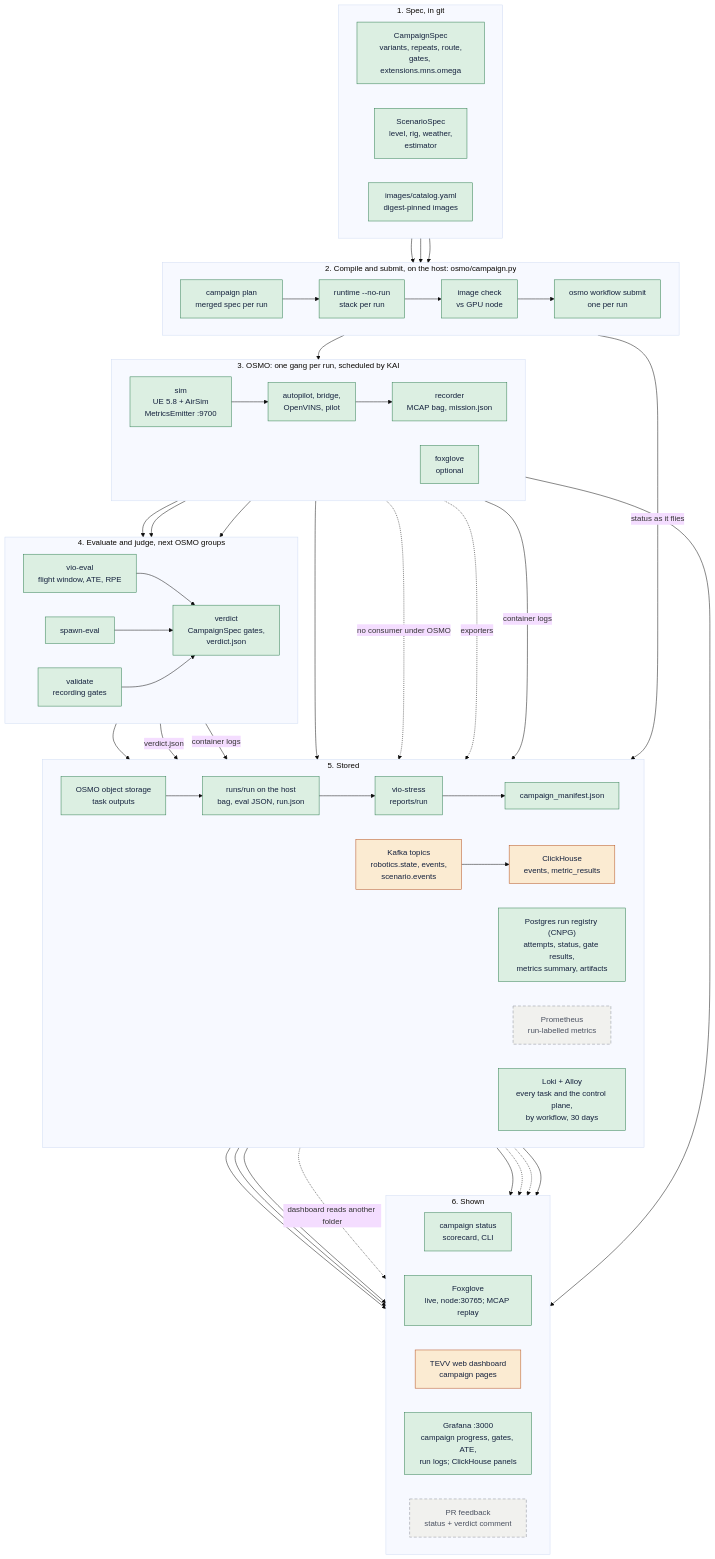
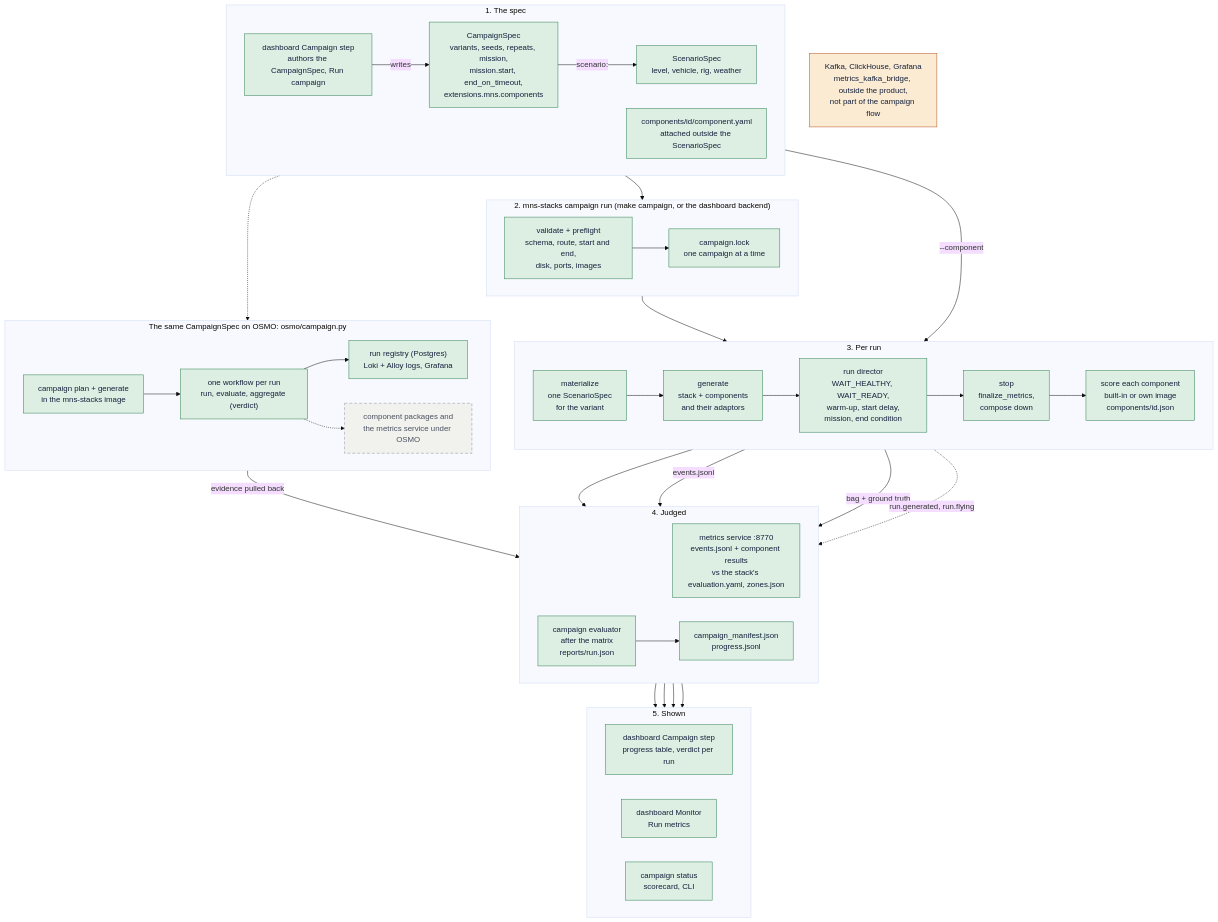
Before and after one commit to DinoHub/M-S-Simulation-Runtime-Stack: the diagram in docs/diagrams/campaign-to-metrics.mermaid, drawn with Mermaid (base theme). The commit also changed 10 other files, not shown here.

```diff
--- a/docs/diagrams/campaign-to-metrics.mermaid
+++ b/docs/diagrams/campaign-to-metrics.mermaid
@@ -1,100 +1,86 @@
-%% TEVV: from a CampaignSpec, through OSMO, to evaluation, to metrics stored and shown.
-%% State as of 25 Sept 2026 (run registry, Loki and Alloy built). Three states, by style:
-%%   built       green, solid  - runs today in the OSMO flow (PR #91)
-%%   exists      amber, solid  - built and running elsewhere, not connected to OSMO runs
-%%   target      grey, dashed  - designed (autonomy-tevv-architecture), not built
-%% Render: npx -y @mermaid-js/mermaid-cli -i campaign-to-metrics.mermaid -o campaign-to-metrics.png -w 2400 -b white
-%%   (add -p with {"args":["--no-sandbox"]} if Chromium reports no usable sandbox)
+%% TEVV: from a CampaignSpec to a verdict per run, stored and shown.
+%% State as of 4 Oct 2026. Three states, by style:
+%%   built       green, solid  - runs today (compose: make campaign or the dashboard; OSMO: osmo/campaign.py)
+%%   exists      amber, solid  - built and running elsewhere, not connected to campaign runs
+%%   target      grey, dashed  - designed (docs/platform-architecture), not built
+%% Sources: mns_stacks/campaign.py, director.py, scoring.py, lifecycle.py (MnS-Integration-Platform
+%% platform/stacks, branch feat/components), docker-compose-dashboard.yml (metrics-service),
+%% TEVV-Web-Dashboard Campaign step (branch feat/live-stack-viewer), osmo/campaign.py.
+%% Render (from this folder):
+%%   docker run --rm -u "$(id -u):$(id -g)" -e HOME=/tmp -v "$PWD:/data" minlag/mermaid-cli \
+%%     -p /puppeteer-config.json -i /data/campaign-to-metrics.mermaid -o /data/campaign-to-metrics.png -s 2
 flowchart TB
-  subgraph SPEC["1. Spec, in git"]
+  subgraph SPEC["1. The spec"]
     direction LR
-    CS["CampaignSpec<br/>variants, repeats, route,<br/>gates, extensions.mns.omega"]
-    SS["ScenarioSpec<br/>level, rig, weather,<br/>estimator"]
-    CAT["images/catalog.yaml<br/>digest-pinned images"]
+    CS["CampaignSpec<br/>variants, seeds, repeats, mission,<br/>mission.start, end_on_timeout,<br/>extensions.mns.components"]
+    DASHC["dashboard Campaign step<br/>authors the CampaignSpec, Run campaign"]
+    SS["ScenarioSpec<br/>level, vehicle, rig, weather"]
+    COMP["components/id/component.yaml<br/>attached outside the ScenarioSpec"]
+    DASHC -->|"writes"| CS
+    CS -->|"scenario:"| SS
   end
 
-  subgraph COMPILE["2. Compile and submit, on the host: osmo/campaign.py"]
+  subgraph RUNNER["2. mns-stacks campaign run (make campaign, or the dashboard backend)"]
     direction LR
-    PLAN["campaign plan<br/>merged spec per run"]
-    GEN["runtime --no-run<br/>stack per run"]
-    IMG["image check<br/>vs GPU node"]
-    SUB["osmo workflow submit<br/>one per run"]
-    PLAN --> GEN --> IMG --> SUB
+    VAL["validate + preflight<br/>schema, route, start and end,<br/>disk, ports, images"]
+    LOCK["campaign.lock<br/>one campaign at a time"]
+    VAL --> LOCK
   end
 
-  subgraph RUNG["3. OSMO: one gang per run, scheduled by KAI"]
+  subgraph PERRUN["3. Per run"]
     direction LR
-    SIM["sim<br/>UE 5.8 + AirSim<br/>MetricsEmitter :9700"]
-    STACK["autopilot, bridge,<br/>OpenVINS, pilot"]
-    REC["recorder<br/>MCAP bag, mission.json"]
-    FOXT["foxglove<br/>optional"]
-    SIM --> STACK --> REC
+    MAT["materialize<br/>one ScenarioSpec<br/>for the variant"]
+    GEN["generate<br/>stack + components<br/>and their adaptors"]
+    DIR["run director<br/>WAIT_HEALTHY, WAIT_READY,<br/>warm-up, start delay,<br/>mission, end condition"]
+    STOP["stop<br/>finalize_metrics,<br/>compose down"]
+    SCORE["score each component<br/>built-in or own image<br/>components/id.json"]
+    MAT --> GEN --> DIR --> STOP --> SCORE
   end
 
-  subgraph EVALG["4. Evaluate and judge, next OSMO groups"]
+  subgraph JUDGE["4. Judged"]
     direction LR
-    VE["vio-eval<br/>flight window, ATE, RPE"]
-    SE["spawn-eval"]
-    VA["validate<br/>recording gates"]
-    VD["verdict<br/>CampaignSpec gates,<br/>verdict.json"]
-    VE --> VD
-    SE --> VD
-    VA --> VD
+    MS["metrics service :8770<br/>events.jsonl + component results<br/>vs the stack's evaluation.yaml, zones.json"]
+    EVAL["campaign evaluator<br/>after the matrix<br/>reports/run.json"]
+    MAN["campaign_manifest.json<br/>progress.jsonl"]
   end
 
-  subgraph STORE["5. Stored"]
+  subgraph SHOW["5. Shown"]
     direction LR
-    S3["OSMO object storage<br/>task outputs"]
-    BUN["runs/run on the host<br/>bag, eval JSON, run.json"]
-    REP["vio-stress<br/>reports/run"]
-    MAN["campaign_manifest.json"]
-    KAF["Kafka topics<br/>robotics.state, events,<br/>scenario.events"]
-    CH["ClickHouse<br/>events, metric_results"]
-    REG["Postgres run registry (CNPG)<br/>attempts, status, gate results,<br/>metrics summary, artifacts"]
-    PROM["Prometheus<br/>run-labelled metrics"]
-    LOKI["Loki + Alloy<br/>every task and the control plane,<br/>by workflow, 30 days"]
-    S3 --> BUN --> REP --> MAN
-    KAF --> CH
+    PROG["dashboard Campaign step<br/>progress table, verdict per run"]
+    RM["dashboard Monitor<br/>Run metrics"]
+    STAT["campaign status<br/>scorecard, CLI"]
   end
 
-  subgraph SHOW["6. Shown"]
+  subgraph OSMO["The same CampaignSpec on OSMO: osmo/campaign.py"]
     direction LR
-    STAT["campaign status<br/>scorecard, CLI"]
-    FOXV["Foxglove<br/>live, node:30765; MCAP replay"]
-    DASH["TEVV web dashboard<br/>campaign pages"]
-    GRAF["Grafana :3000<br/>campaign progress, gates, ATE,<br/>run logs; ClickHouse panels"]
-    PRF["PR feedback<br/>status + verdict comment"]
+    OPLAN["campaign plan + generate<br/>in the mns-stacks image"]
+    OWF["one workflow per run<br/>run, evaluate, aggregate (verdict)"]
+    OREG["run registry (Postgres)<br/>Loki + Alloy logs, Grafana"]
+    OGAP["component packages and<br/>the metrics service under OSMO"]
+    OPLAN --> OWF --> OREG
   end
 
-  CS --> PLAN
-  SS --> PLAN
-  CAT --> IMG
-  SUB --> SIM
-  REC --> VE
-  REC --> SE
-  REC --> VA
-  REC --> S3
-  VD --> S3
+  KAF["Kafka, ClickHouse, Grafana<br/>metrics_kafka_bridge, outside the product,<br/>not part of the campaign flow"]
+
+  CS --> VAL
+  COMP -->|"--component"| GEN
+  LOCK --> MAT
+  SCORE --> MS
+  STOP -->|"events.jsonl"| MS
+  STOP -->|"bag + ground truth"| EVAL
+  GEN -.->|"run.generated, run.flying"| MAN
+  EVAL --> MAN
+  MS --> PROG
+  MS --> RM
+  MAN --> PROG
   MAN --> STAT
-  FOXT --> FOXV
-
-  SIM -.->|"no consumer under OSMO"| KAF
-  CH --> GRAF
-  CH --> DASH
-  MAN -.->|"dashboard reads another folder"| DASH
-  SUB -->|"status as it flies"| REG
-  VD -->|"verdict.json"| REG
-  REG --> GRAF
-  REG -.-> PRF
-  STACK -.->|exporters| PROM
-  PROM -.-> GRAF
-  RUNG -->|"container logs"| LOKI
-  EVALG -->|"container logs"| LOKI
-  LOKI --> GRAF
+  CS -.-> OPLAN
+  OWF -->|"evidence pulled back"| MAN
+  OWF -.-> OGAP
 
   classDef built fill:#DCEFE2,stroke:#2E7D4F,color:#14213D
   classDef exists fill:#FBEBD2,stroke:#B4501E,color:#14213D
   classDef target fill:#F1F1EE,stroke:#8A8F99,color:#4A5160,stroke-dasharray:6 4
-  class CS,SS,CAT,PLAN,GEN,IMG,SUB,SIM,STACK,REC,FOXT,VE,SE,VA,VD,S3,BUN,REP,MAN,STAT,FOXV,REG,GRAF,LOKI built
-  class KAF,CH,DASH exists
-  class PROM,PRF target
+  class CS,DASHC,SS,COMP,VAL,LOCK,MAT,GEN,DIR,STOP,SCORE,MS,EVAL,MAN,PROG,RM,STAT,OPLAN,OWF,OREG built
+  class KAF exists
+  class OGAP target
```
